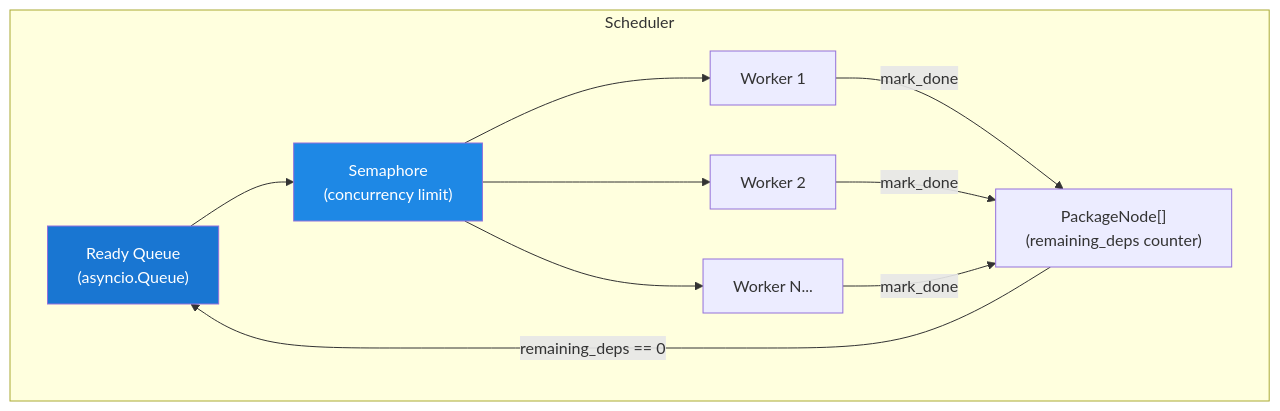
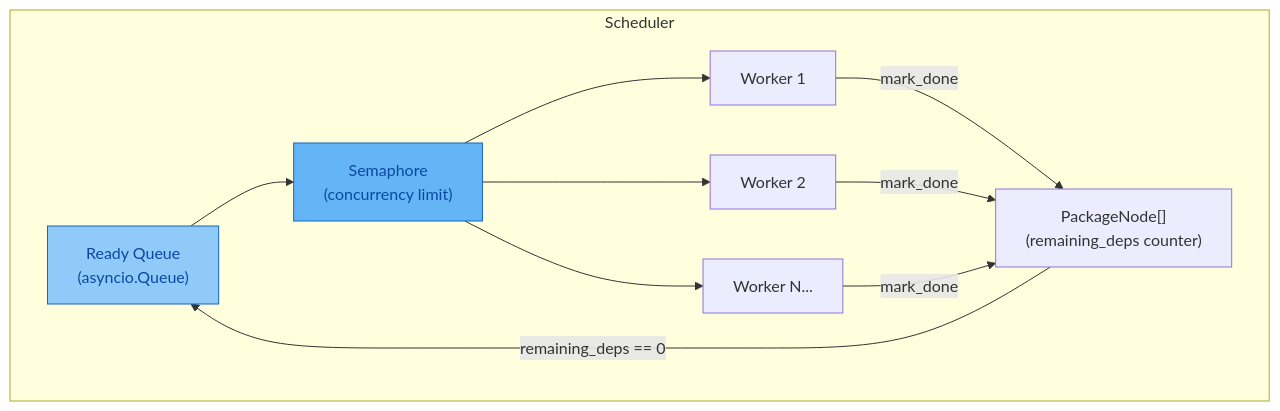
One commit to genkit-ai/genkit-python changed the first of 2 diagrams in tools/releasekit/docs/docs/architecture/scheduler.md. Above: the diagram before and after it, drawn with Mermaid. The commit also changed other lines of this file and 208 other files, not shown here.

````diff
--- a/tools/releasekit/docs/docs/architecture/scheduler.md
+++ b/tools/releasekit/docs/docs/architecture/scheduler.md
@@ -34,19 +34,19 @@
 ```mermaid
 graph TB
     subgraph "Scheduler"
         Q["Ready Queue<br/>(asyncio.Queue)"]
         SEM["Semaphore<br/>(concurrency limit)"]
         W1["Worker 1"]
         W2["Worker 2"]
         W3["Worker N..."]
         NODES["PackageNode[]<br/>(remaining_deps counter)"]
     end
 
     Q --> SEM
     SEM --> W1 & W2 & W3
     W1 & W2 & W3 --> |"mark_done"| NODES
     NODES --> |"remaining_deps == 0"| Q
 
-    style Q fill:#1976d2,color:#fff
-    style SEM fill:#1e88e5,color:#fff
+    style Q fill:#90caf9,stroke:#1565c0,color:#0d47a1
+    style SEM fill:#64b5f6,stroke:#1565c0,color:#0d47a1
 ```
````
